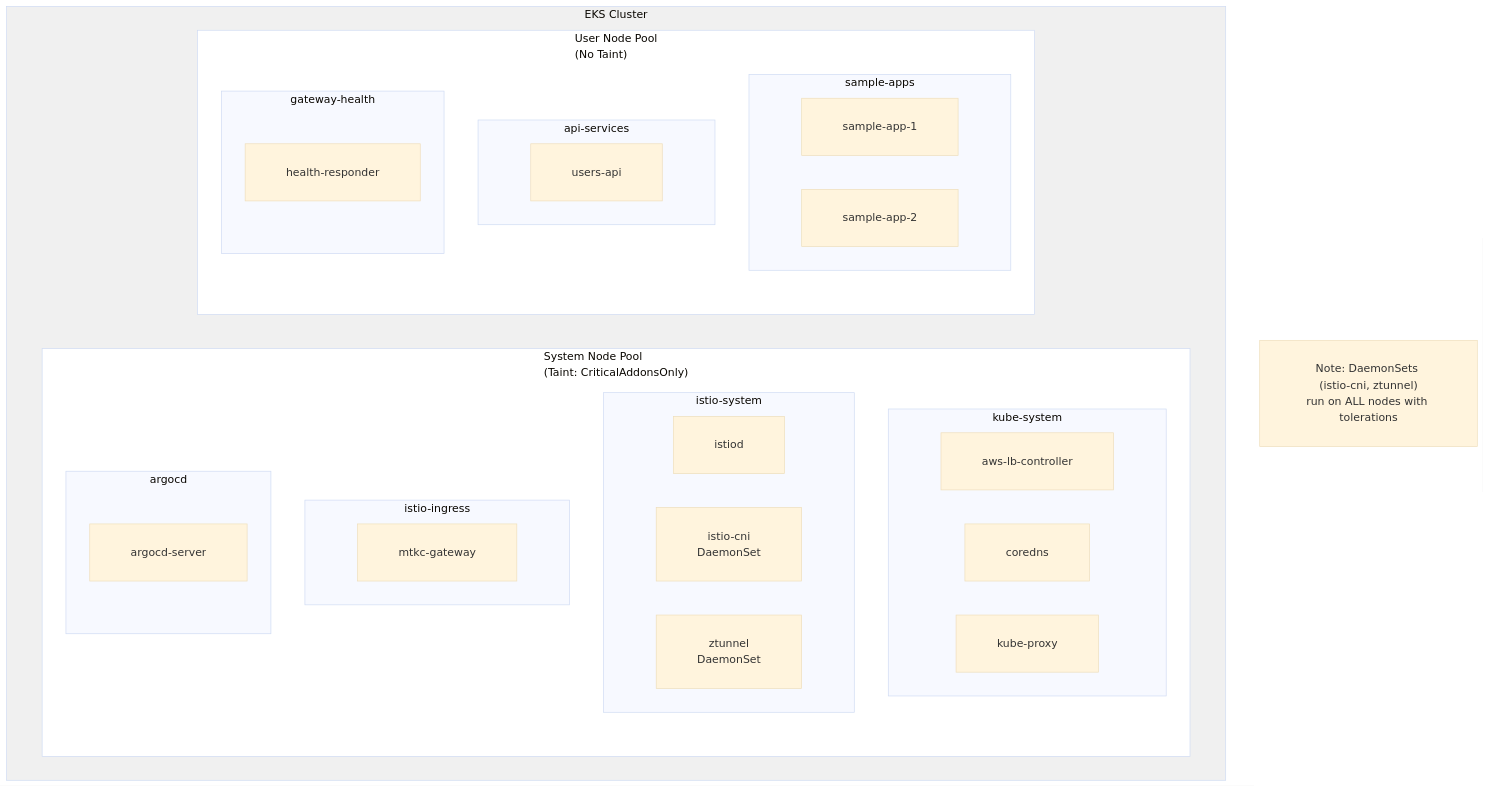
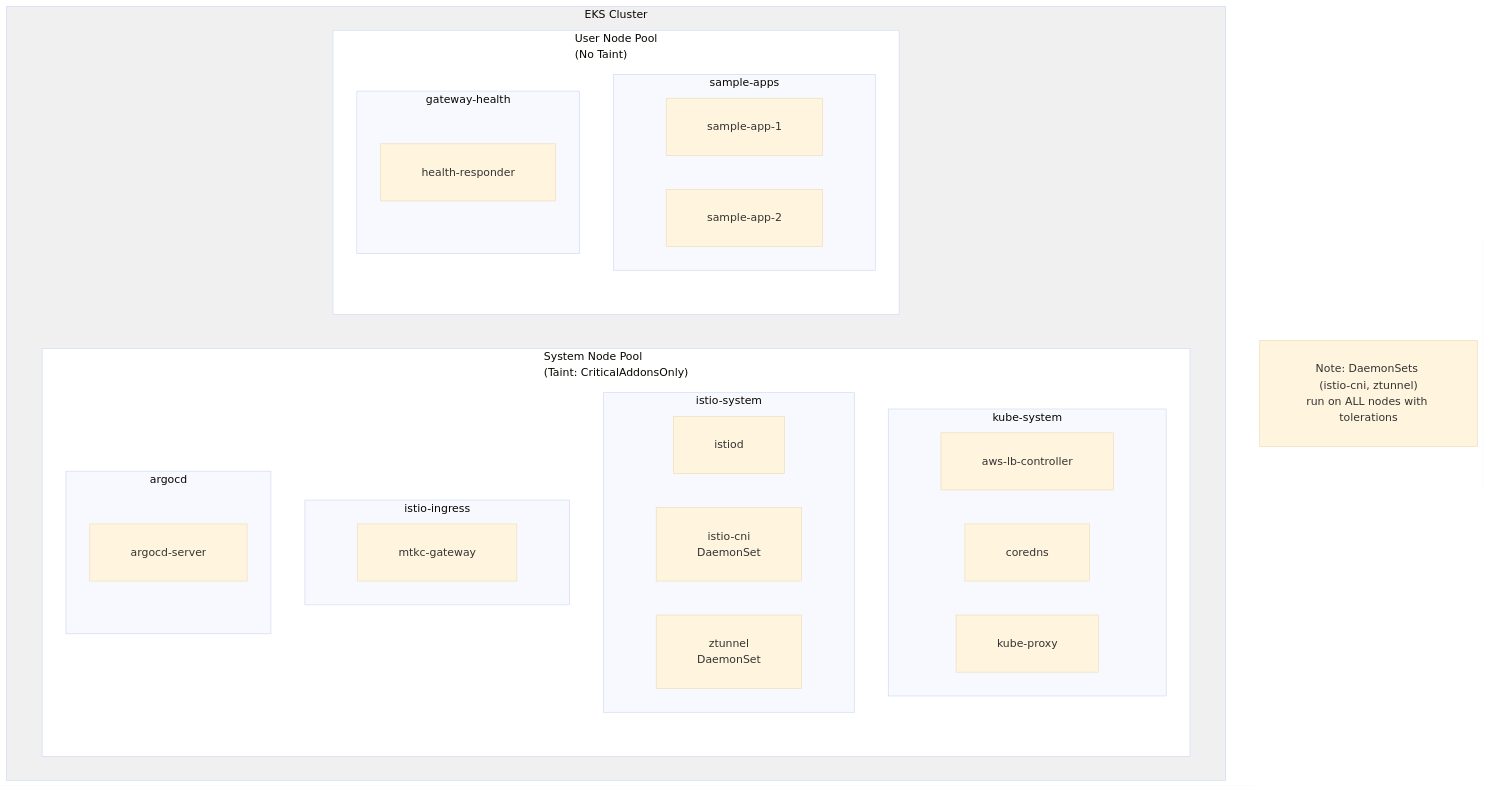
Before and after one commit to shanaka-versent/EKS-Istio-GatewayAPI-Deom: the second of 3 diagrams in README.md, drawn with Mermaid. The commit also changed other lines of this file, not shown here.

Commit message:
docs: Remove api-services from EKS Cluster Detail diagram

````diff
--- a/README.md
+++ b/README.md
@@ -105,43 +105,40 @@
 ```mermaid
 %%{init: {'theme': 'base', 'themeVariables': {'fontSize': '16px'}, 'flowchart': {'nodeSpacing': 50, 'rankSpacing': 80, 'padding': 30}}}%%
 flowchart TB
     subgraph EKS["EKS Cluster"]
         subgraph SystemPool["System Node Pool<br/>(Taint: CriticalAddonsOnly)"]
             subgraph KS["kube-system"]
                 LBC2[aws-lb-controller]
                 CoreDNS[coredns]
                 KubeProxy[kube-proxy]
             end
             subgraph IS["istio-system"]
                 Istiod2[istiod]
                 CNI[istio-cni<br/>DaemonSet]
                 ZT[ztunnel<br/>DaemonSet]
             end
             subgraph II["istio-ingress"]
                 GW2[mtkc-gateway]
             end
             subgraph AC["argocd"]
                 ArgoServer[argocd-server]
             end
         end
 
         subgraph UserPool["User Node Pool<br/>(No Taint)"]
             subgraph SA["sample-apps"]
                 App1B[sample-app-1]
                 App2B[sample-app-2]
             end
-            subgraph API2["api-services"]
-                UsersAPI[users-api]
-            end
             subgraph GH["gateway-health"]
                 HealthResp[health-responder]
             end
         end
     end
 
     Note["Note: DaemonSets (istio-cni, ztunnel)<br/>run on ALL nodes with tolerations"]
 
     style EKS fill:#f0f0f0
     style SystemPool fill:#ffffff
     style UserPool fill:#ffffff
 ```
````
